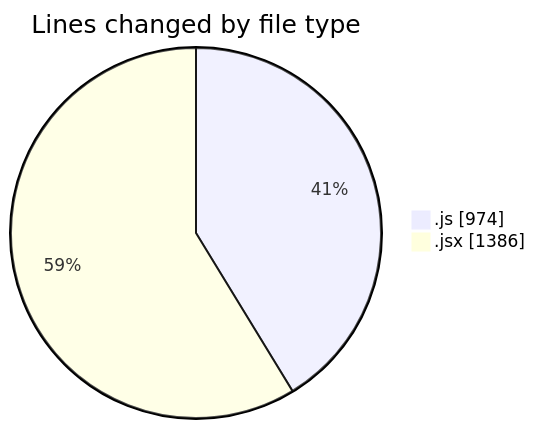
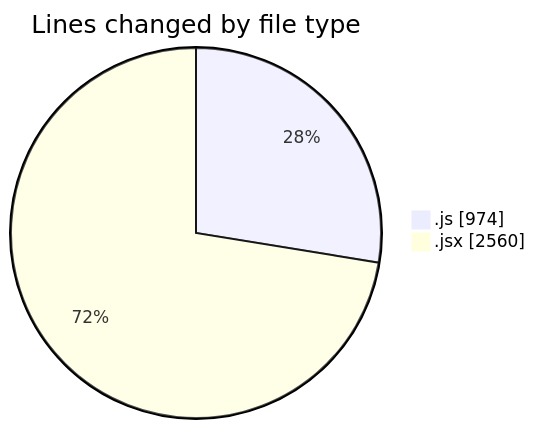
Before and after one commit to nxtqubesakshisongat/code-tracking: the first of 2 diagrams in 2025-12-05/nxtqube_webapp/README.md, drawn with Mermaid. The commit also changed other lines of this file and 1 other file, not shown here.

````diff
--- a/2025-12-05/nxtqube_webapp/README.md
+++ b/2025-12-05/nxtqube_webapp/README.md
@@ -21,6 +22,6 @@
 ```mermaid
 pie showData
 title Lines changed by file type
 ".js" : 974
-".jsx" : 1386
+".jsx" : 2560
 ```
````
